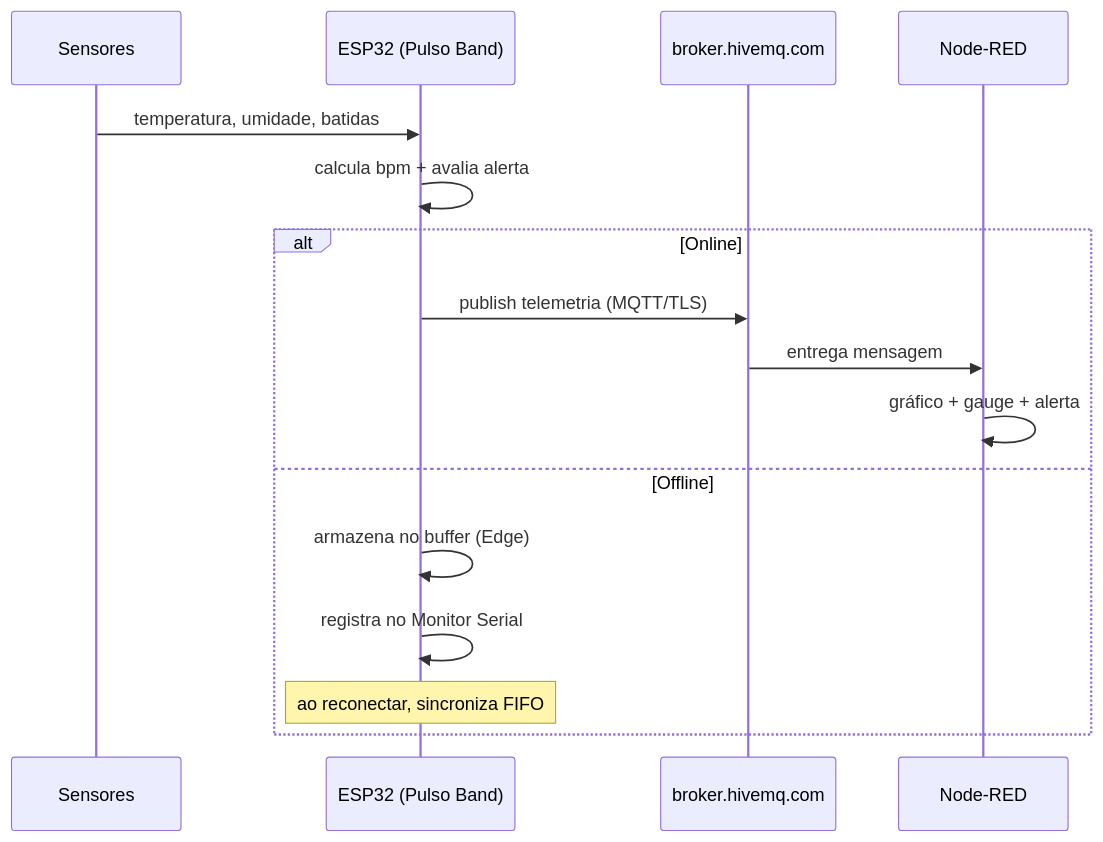
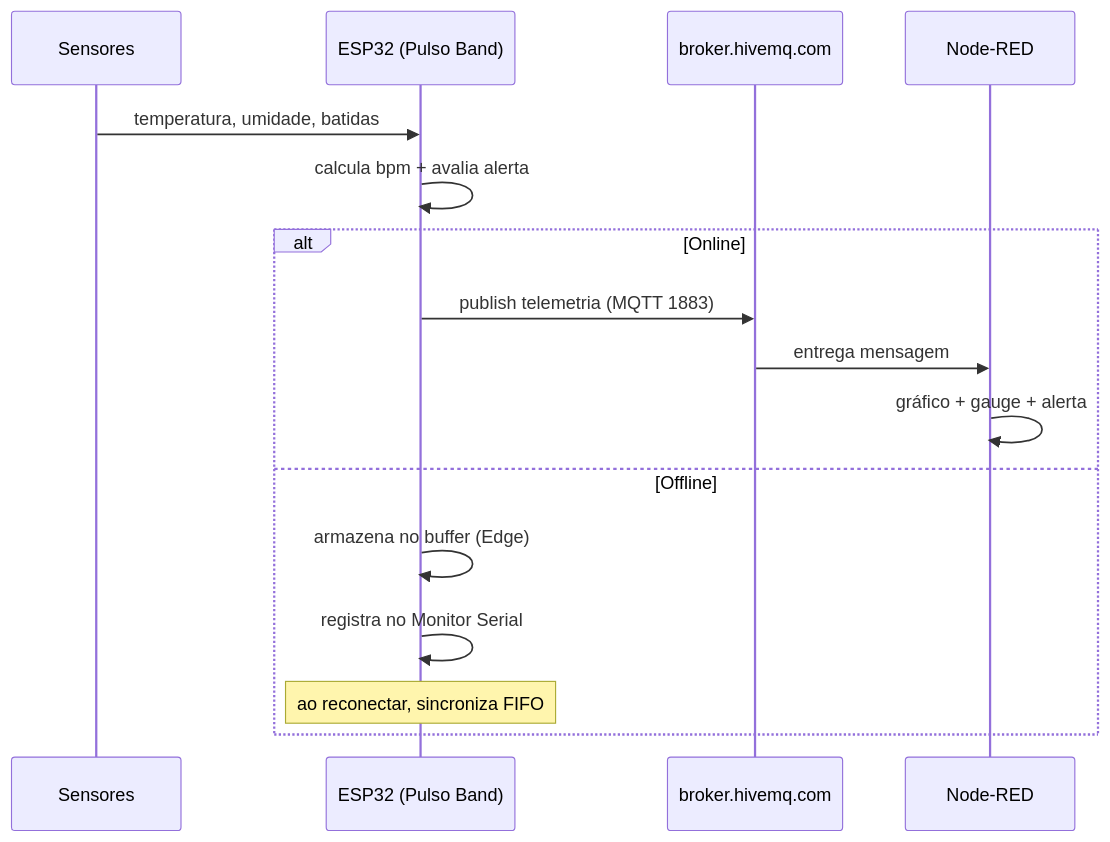
The second of 2 diagrams in README.md (flango2023/Pulso_F3), drawn with Mermaid before and after one commit. The commit also changed other lines of this file and 1 other file, not shown here.

Commit message:
Revisao final: corrige referencias residuais a TLS nos diagramas, typo SMTP e descricao de assets

````diff
--- a/README.md
+++ b/README.md
@@ -141,19 +141,19 @@
 ```mermaid
 sequenceDiagram
     participant S as Sensores
     participant E as ESP32 (Pulso Band)
     participant B as broker.hivemq.com
     participant N as Node-RED
 
     S->>E: temperatura, umidade, batidas
     E->>E: calcula bpm + avalia alerta
     alt Online
-        E->>B: publish telemetria (MQTT/TLS)
+        E->>B: publish telemetria (MQTT 1883)
         B->>N: entrega mensagem
         N->>N: gráfico + gauge + alerta
     else Offline
         E->>E: armazena no buffer (Edge)
         E->>E: registra no Monitor Serial
         Note over E: ao reconectar, sincroniza FIFO
     end
 ```
````
